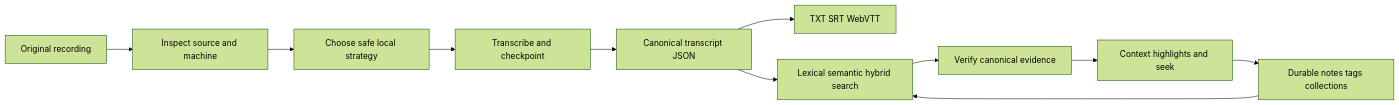
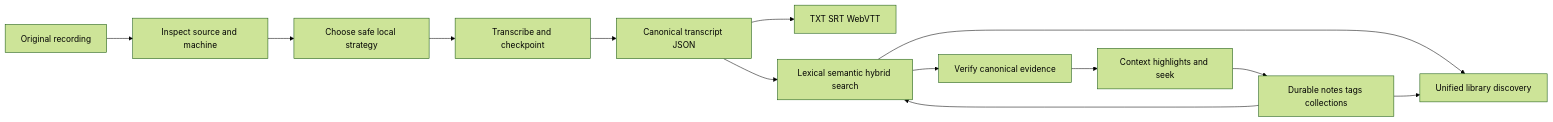
Before and after one commit to SSD1805/EchoFlow: the diagram in README.md, drawn with Mermaid (forest theme). The commit also changed other lines of this file, not shown here.

Commit message:
docs: expose unified library find workflow

````diff
--- a/README.md
+++ b/README.md
@@ -58,13 +60,15 @@
 ```mermaid
 flowchart LR
     A[Original recording] --> B[Inspect source and machine]
     B --> C[Choose safe local strategy]
     C --> D[Transcribe and checkpoint]
     D --> E[Canonical transcript JSON]
     E --> F[TXT SRT WebVTT]
     E --> G[Lexical semantic hybrid search]
     G --> H[Verify canonical evidence]
     H --> I[Context highlights and seek]
     I --> J[Durable notes tags collections]
     J --> G
+    G --> K[Unified library discovery]
+    J --> K
 ```
````
